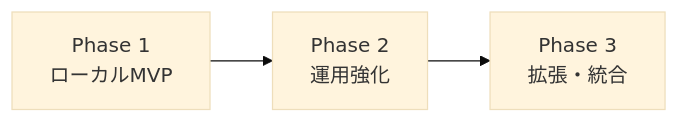
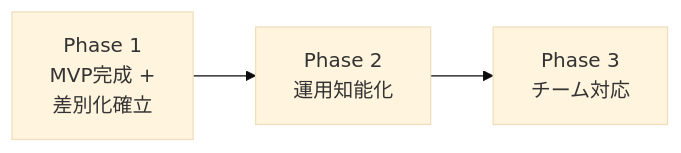
Before and after one commit to krtw00/AgentMine: the diagram in docs/01-overview/scope.md, drawn with Mermaid (base theme). The commit also changed other lines of this file and 3 other files, not shown here.

````diff
--- a/docs/01-overview/scope.md
+++ b/docs/01-overview/scope.md
@@ -44,5 +47,5 @@
 ```mermaid
 flowchart LR
-    P1[Phase 1<br/>ローカルMVP] --> P2[Phase 2<br/>運用強化]
-    P2 --> P3[Phase 3<br/>拡張・統合]
+    P1[Phase 1<br/>MVP完成 +<br/>差別化確立] --> P2[Phase 2<br/>運用知能化]
+    P2 --> P3[Phase 3<br/>チーム対応]
 ```
````
